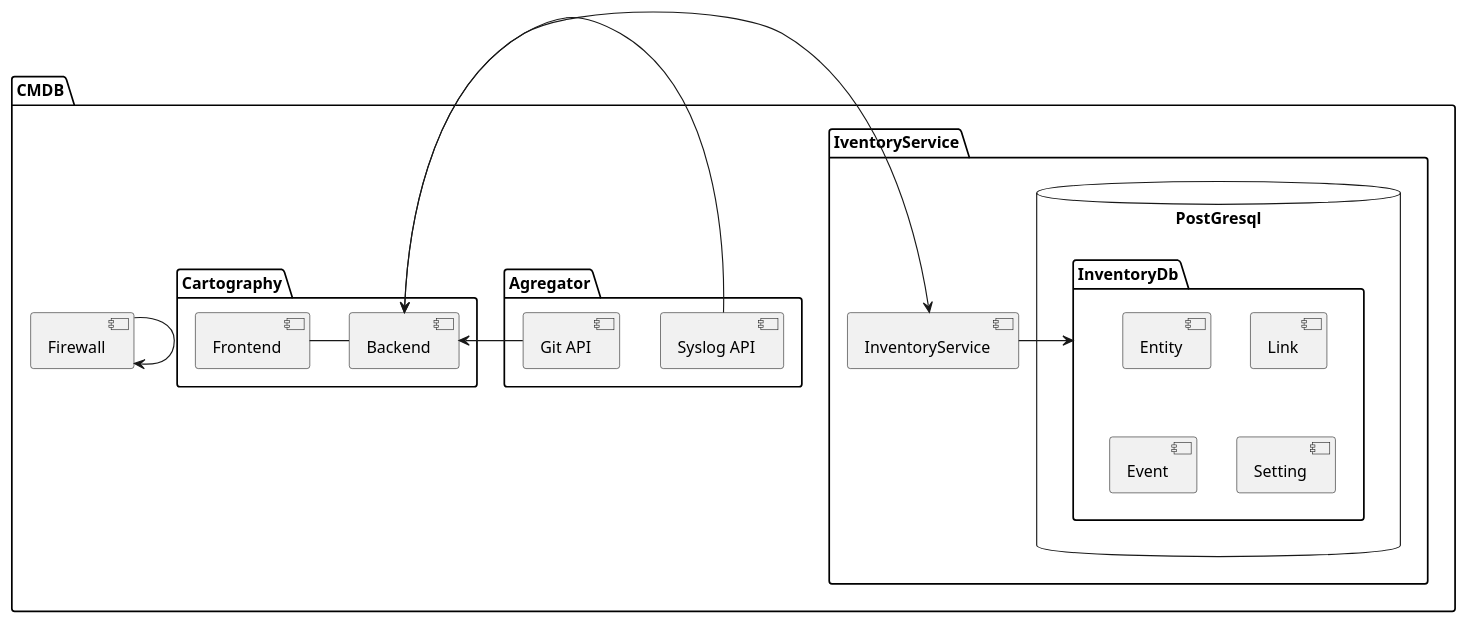
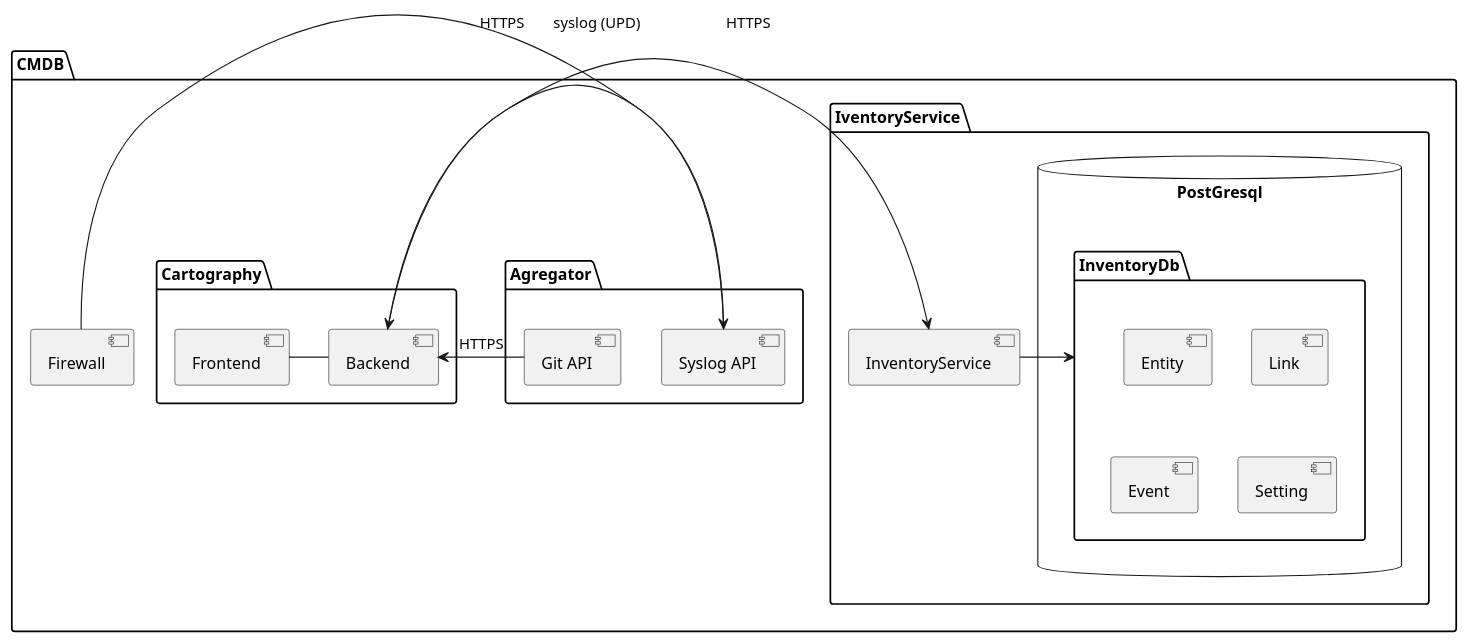
The second of 2 diagrams in adr/Architecture.md (Haingue/cmdb), drawn with PlantUML before and after one commit. The commit also changed 9 other files, not shown here.

````diff
--- a/adr/Architecture.md
+++ b/adr/Architecture.md
@@ -36,37 +36,37 @@
 ```plantuml
 @startuml
 
 package CMDB {
   package IventoryService {
     database "PostGresql" {
       folder "InventoryDb" as db {
         [Entity]
         [Link]
         [Event]
         [Setting]
       }
     }
 
     [InventoryService] as inventoryservice
     inventoryservice -> db
   }
 
   package Agregator {
     [Syslog API] as syslog
     [Git API] as git
   }
   [Firewall] as networkdevice
-  networkdevice -> networkdevice
+  networkdevice -> syslog : syslog (UPD)
 
   package Cartography {
     [Backend] as cartographybackend
     [Frontend] as cartographyfrontend
     cartographyfrontend - cartographybackend
   }
-  cartographybackend <-> inventoryservice
-  syslog -> cartographybackend
-  git -> cartographybackend
+  cartographybackend -> inventoryservice : HTTPS
+  syslog -> cartographybackend : HTTPS
+  git -> cartographybackend : HTTPS
 }
 
 @enduml
 ```
````
